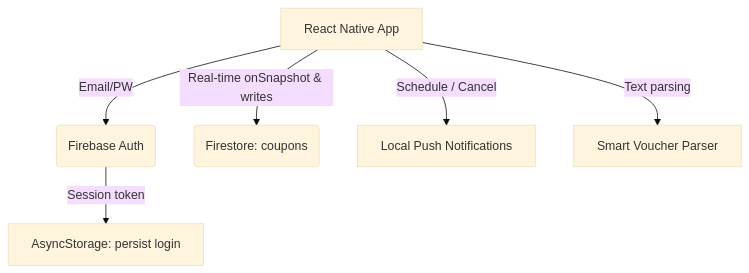
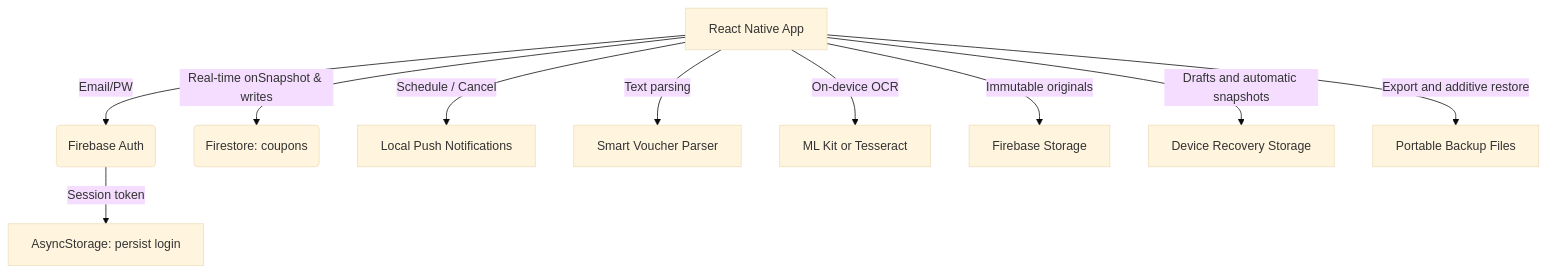
Before and after one commit to liminal-cipher/wallet-sync: the diagram in README.md, drawn with Mermaid (base theme). The commit also changed other lines of this file and 1 other file, not shown here.

First line of the commit message:
docs: explain wallet recovery and rollout

````diff
--- a/README.md
+++ b/README.md
@@ -32,8 +27,12 @@
 ```mermaid
 graph TD
     A[React Native App] -->|Email/PW| B(Firebase Auth)
     B -->|Session token| C[AsyncStorage: persist login]
     A -->|Real-time onSnapshot & writes| D(Firestore: coupons)
     A -->|Schedule / Cancel| E[Local Push Notifications]
     A -->|Text parsing| F[Smart Voucher Parser]
+    A -->|On-device OCR| G[ML Kit or Tesseract]
+    A -->|Immutable originals| H[Firebase Storage]
+    A -->|Drafts and automatic snapshots| I[Device Recovery Storage]
+    A -->|Export and additive restore| J[Portable Backup Files]
 ```
````
